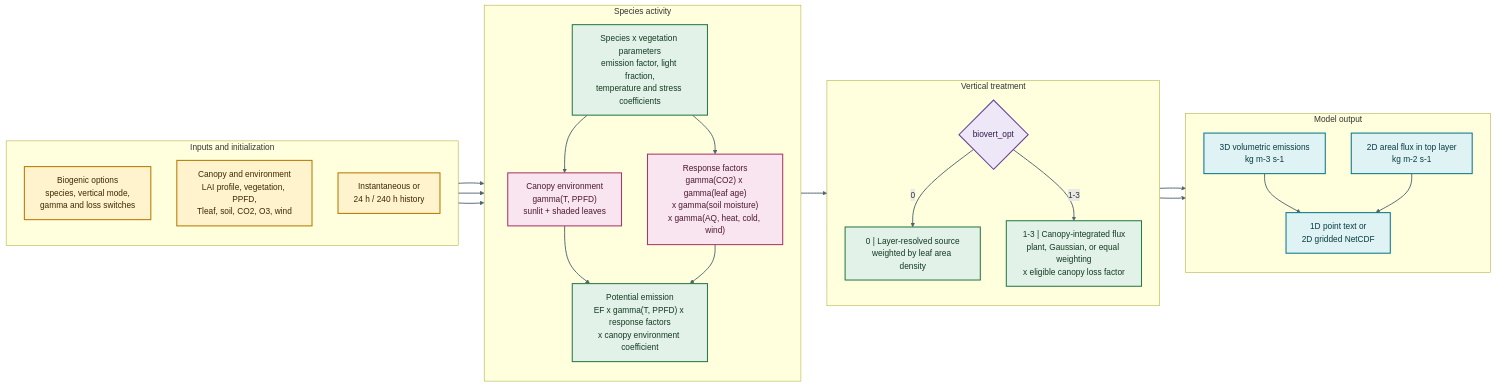
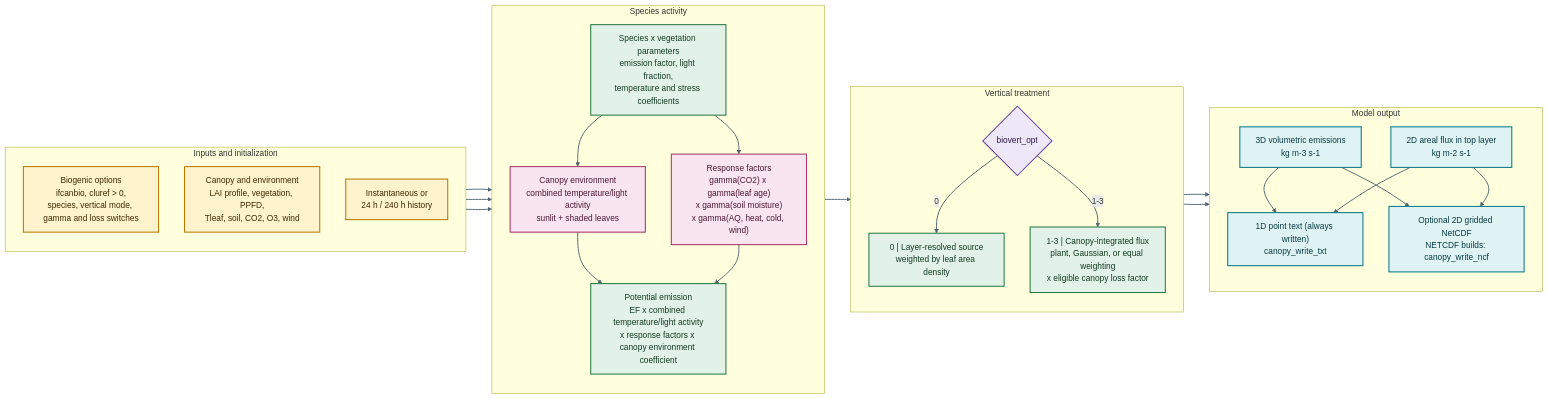
One commit to noaa-oar-arl/canopy-app changed the diagram in docs/development/biogenic_emissions_flowchart_simplified.mmd. Above: the diagram before and after it, drawn with Mermaid. The commit also changed 2 other files, not shown here.

Commit message:
Further corrections to the biogenic emissions flowchart and parameterizations documentation.

```diff
--- a/docs/development/biogenic_emissions_flowchart_simplified.mmd
+++ b/docs/development/biogenic_emissions_flowchart_simplified.mmd
@@ -1,48 +1,53 @@
 flowchart LR
     classDef input fill:#FFF3CD,stroke:#B77900,color:#3D2900,stroke-width:2px
     classDef model fill:#E3F2E8,stroke:#287A45,color:#123A22,stroke-width:2px
     classDef factor fill:#F8E5EF,stroke:#A93669,color:#4D1831,stroke-width:2px
     classDef decision fill:#EEE7F8,stroke:#68429A,color:#2F1948,stroke-width:2px
     classDef output fill:#DFF3F5,stroke:#087987,color:#073B41,stroke-width:2px
 
     subgraph A["Inputs and initialization"]
         direction TB
-        CFG["Biogenic options<br/>species, vertical mode,<br/>gamma and loss switches"]:::input
+        CFG["Biogenic options<br/>ifcanbio, cluref > 0,<br/>species, vertical mode, gamma and loss switches"]:::input
         STATE["Canopy and environment<br/>LAI profile, vegetation, PPFD,<br/>Tleaf, soil, CO2, O3, wind"]:::input
         HIST["Instantaneous or<br/>24 h / 240 h history"]:::input
     end
 
     subgraph B["Species activity"]
         direction TB
         PARM["Species x vegetation parameters<br/>emission factor, light fraction,<br/>temperature and stress coefficients"]:::model
-        ENV["Canopy environment<br/>gamma(T, PPFD)<br/>sunlit + shaded leaves"]:::factor
+        ENV["Canopy environment<br/>combined temperature/light activity<br/>sunlit + shaded leaves"]:::factor
         MOD["Response factors<br/>gamma(CO2) x gamma(leaf age)<br/>x gamma(soil moisture)<br/>x gamma(AQ, heat, cold, wind)"]:::factor
-        EMIS["Potential emission<br/>EF x gamma(T, PPFD) x response factors<br/>x canopy environment coefficient"]:::model
+        EMIS["Potential emission<br/>EF x combined temperature/light activity<br/>x response factors x canopy environment coefficient"]:::model
     end
 
     subgraph C["Vertical treatment"]
         direction TB
         VERT{"biovert_opt"}:::decision
         PROFILE["0 | Layer-resolved source<br/>weighted by leaf area density"]:::model
         INTEGRATE["1-3 | Canopy-integrated flux<br/>plant, Gaussian, or equal weighting<br/>x eligible canopy loss factor"]:::model
     end
 
     subgraph D["Model output"]
         direction TB
         VOL["3D volumetric emissions<br/>kg m-3 s-1"]:::output
         AREA["2D areal flux in top layer<br/>kg m-2 s-1"]:::output
-        WRITE["1D point text or<br/>2D gridded NetCDF"]:::output
+        WRITE["1D point text (always written)<br/>canopy_write_txt"]:::output
+        NCF["Optional 2D gridded NetCDF<br/>NETCDF builds: canopy_write_ncf"]:::output
     end
 
     CFG --> PARM
     STATE --> ENV
     HIST --> ENV
     PARM --> ENV
     PARM --> MOD
     ENV --> EMIS
     MOD --> EMIS
     EMIS --> VERT
-    VERT -->|0| PROFILE --> VOL --> WRITE
-    VERT -->|1-3| INTEGRATE --> AREA --> WRITE
+    VERT -->|0| PROFILE --> VOL
+    VERT -->|1-3| INTEGRATE --> AREA
+    VOL --> WRITE
+    AREA --> WRITE
+    VOL --> NCF
+    AREA --> NCF
 
     linkStyle default stroke:#4F6470,stroke-width:1.8px
```
